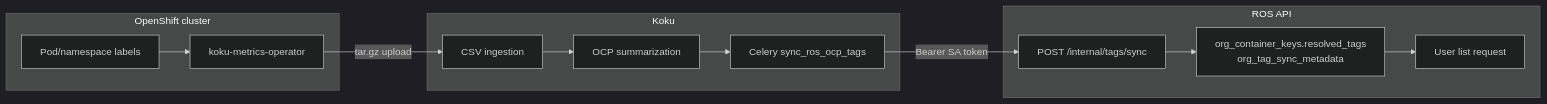
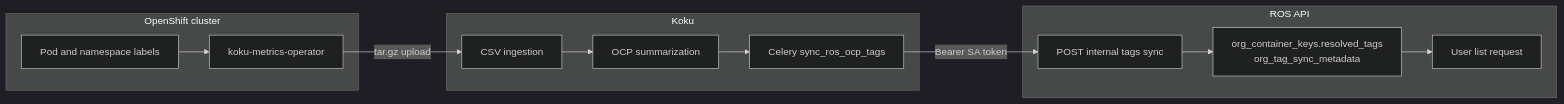
The second of 2 diagrams in docs/features/tag-filtering.md (pgarciaq/ros-ocp-backend), drawn with Mermaid (dark theme) before and after one commit. The commit also changed other lines of this file and 3 other files, not shown here.

First line of the commit message:
Fix remaining Mermaid v11 syntax errors in tag-filtering docs.

````diff
--- a/docs/features/tag-filtering.md
+++ b/docs/features/tag-filtering.md
@@ -111,23 +111,23 @@
 ```mermaid
 flowchart LR
     subgraph cluster["OpenShift cluster"]
-        OP[Pod/namespace labels]
-        MO[koku-metrics-operator]
+        OP["Pod and namespace labels"]
+        MO["koku-metrics-operator"]
         OP --> MO
     end
     subgraph koku["Koku"]
-        ING[CSV ingestion]
-        SUM[OCP summarization]
+        ING["CSV ingestion"]
+        SUM["OCP summarization"]
         CEL["Celery sync_ros_ocp_tags"]
         ING --> SUM --> CEL
     end
     subgraph ros["ROS API"]
-        SYNC["POST /internal/tags/sync"]
+        SYNC["POST internal tags sync"]
         STORE["org_container_keys.resolved_tags<br/>org_tag_sync_metadata"]
-        LIST[User list request]
-        CEL -->|"Bearer SA token"| SYNC
+        LIST["User list request"]
+        CEL -->|Bearer SA token| SYNC
         SYNC --> STORE
         STORE --> LIST
     end
     MO -->|tar.gz upload| ING
 ```
````
